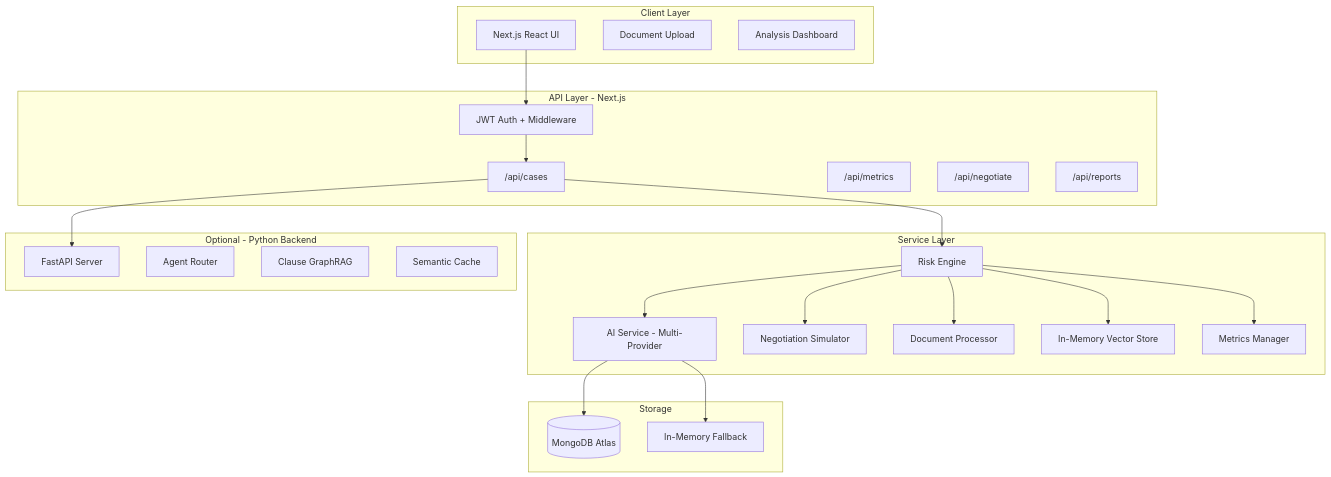
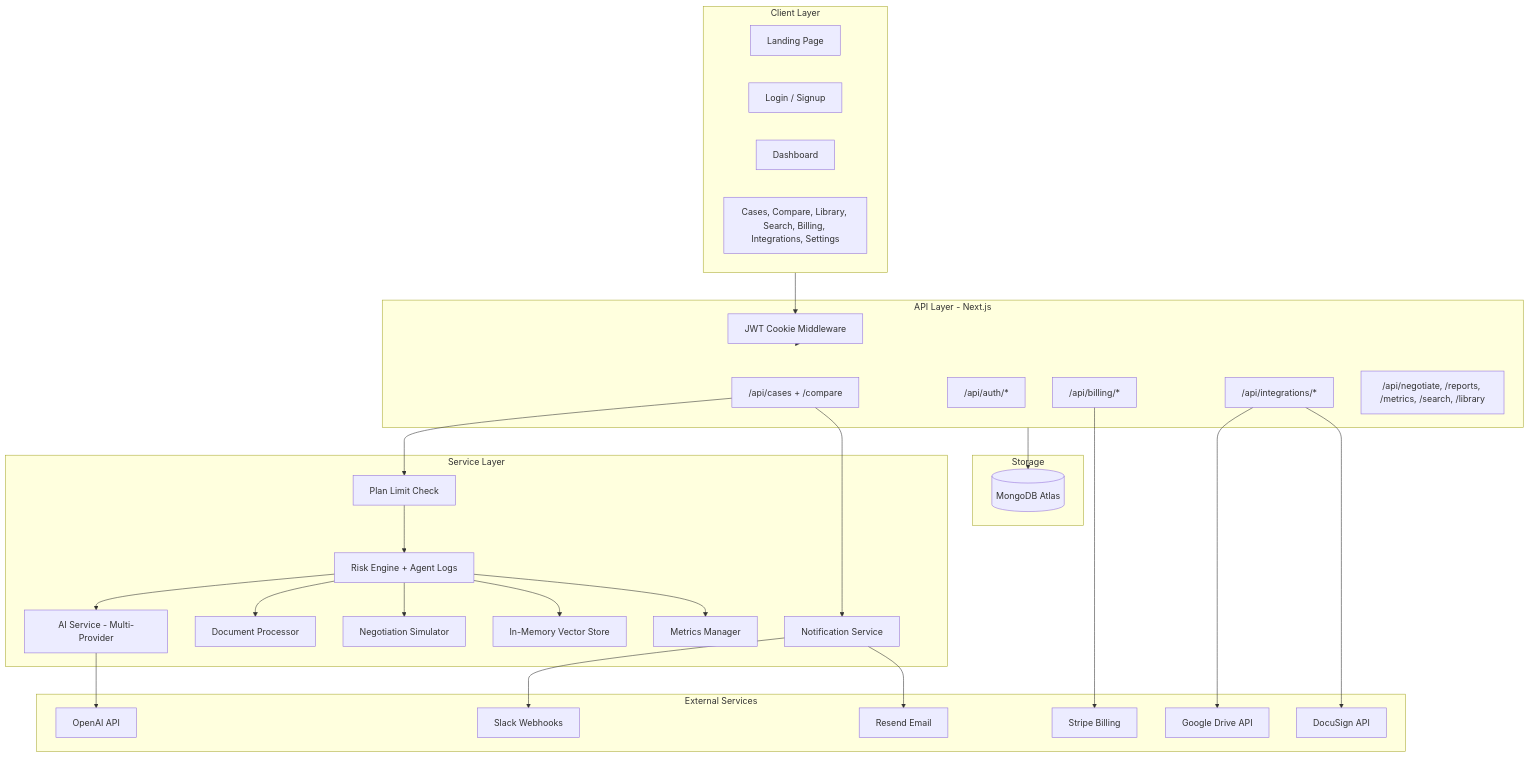
The diagram in README.md (MANASMATHUR/DocuIntel), drawn with Mermaid before and after one commit. The commit also changed other lines of this file, not shown here.

Commit message:
Update README to reflect full feature set and integrations

````diff
--- a/README.md
+++ b/README.md
@@ -34,49 +114,59 @@
 ```mermaid
 flowchart TB
     subgraph Client["Client Layer"]
-        UI[Next.js React UI]
-        Upload[Document Upload]
-        Dashboard[Analysis Dashboard]
+        Landing[Landing Page]
+        Auth[Login / Signup]
+        Dashboard[Dashboard]
+        Pages[Cases, Compare, Library, Search, Billing, Integrations, Settings]
     end
 
     subgraph API["API Layer - Next.js"]
-        Auth[JWT Auth + Middleware]
-        CasesAPI["/api/cases"]
-        MetricsAPI["/api/metrics"]
-        NegotiateAPI["/api/negotiate"]
-        ReportsAPI["/api/reports"]
+        Middleware[JWT Cookie Middleware]
+        CasesAPI["/api/cases + /compare"]
+        AuthAPI["/api/auth/*"]
+        BillingAPI["/api/billing/*"]
+        IntegrationsAPI["/api/integrations/*"]
+        OtherAPI["/api/negotiate, /reports, /metrics, /search, /library"]
     end
 
     subgraph Services["Service Layer"]
-        RiskEngine[Risk Engine]
+        RiskEngine[Risk Engine + Agent Logs]
         AIService[AI Service - Multi-Provider]
         NegSim[Negotiation Simulator]
         DocProcessor[Document Processor]
         RAG[In-Memory Vector Store]
-        MetricsManager[Metrics Manager]
+        Metrics[Metrics Manager]
+        Notifications[Notification Service]
+        PlanCheck[Plan Limit Check]
+    end
+
+    subgraph External["External Services"]
+        OpenAI[OpenAI API]
+        Stripe[Stripe Billing]
+        Resend[Resend Email]
+        SlackHook[Slack Webhooks]
+        Google[Google Drive API]
+        DocuSign[DocuSign API]
     end
 
     subgraph Storage["Storage"]
         MongoDB[(MongoDB Atlas)]
-        InMemory[In-Memory Fallback]
     end
 
-    subgraph Optional["Optional - Python Backend"]
-        FastAPI[FastAPI Server]
-        AgentRouter[Agent Router]
-        ClauseGraph[Clause GraphRAG]
-        SemanticCache[Semantic Cache]
-    end
-
-    UI --> Auth
-    Auth --> CasesAPI
-    CasesAPI --> RiskEngine
+    Client --> Middleware
+    Middleware --> API
+    CasesAPI --> PlanCheck
+    PlanCheck --> RiskEngine
+    RiskEngine --> AIService --> OpenAI
     RiskEngine --> DocProcessor
-    RiskEngine --> AIService
     RiskEngine --> NegSim
     RiskEngine --> RAG
-    RiskEngine --> MetricsManager
-    AIService --> MongoDB
-    AIService --> InMemory
-    CasesAPI --> FastAPI
+    RiskEngine --> Metrics
+    CasesAPI --> Notifications
+    Notifications --> SlackHook
+    Notifications --> Resend
+    BillingAPI --> Stripe
+    IntegrationsAPI --> Google
+    IntegrationsAPI --> DocuSign
+    API --> MongoDB
 ```
````
